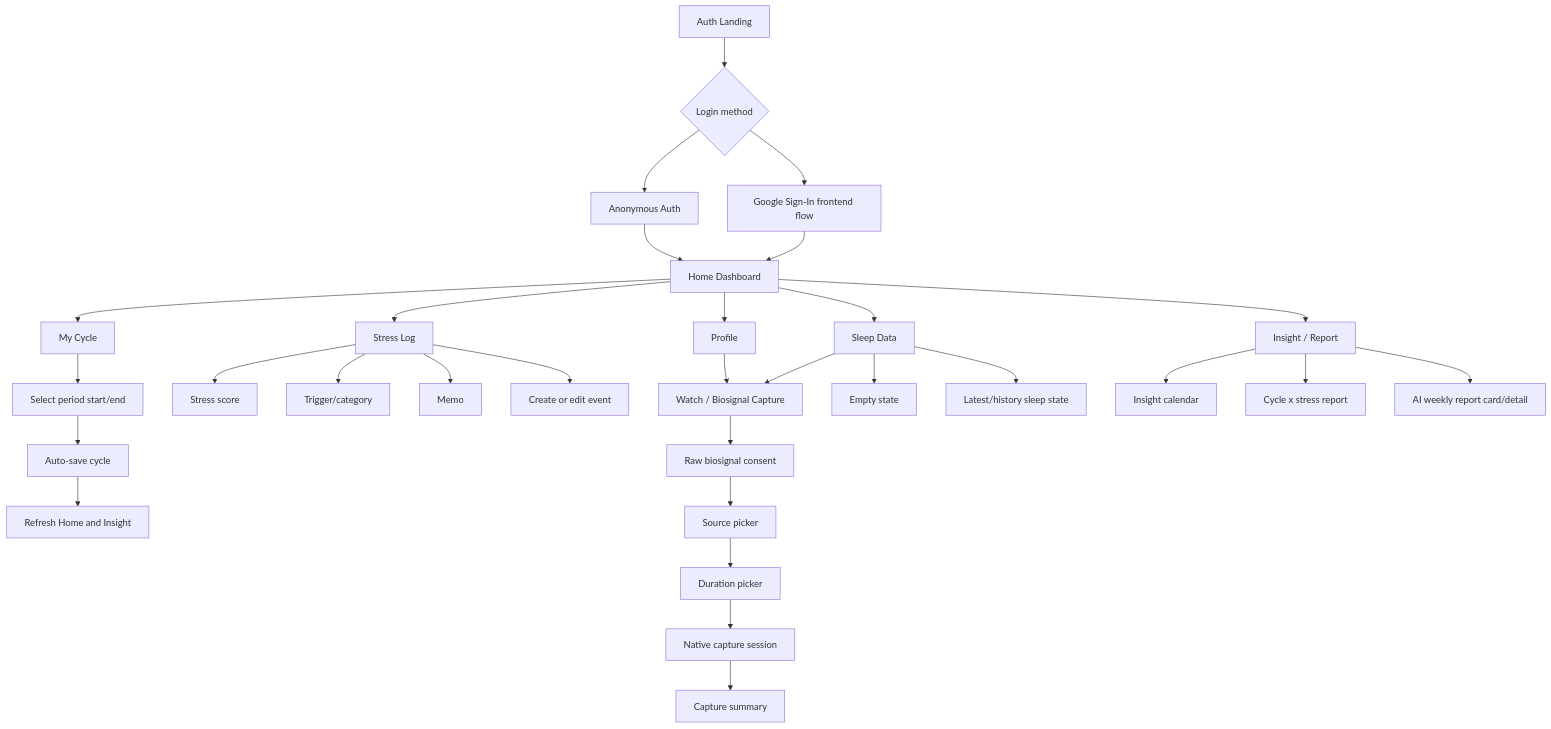
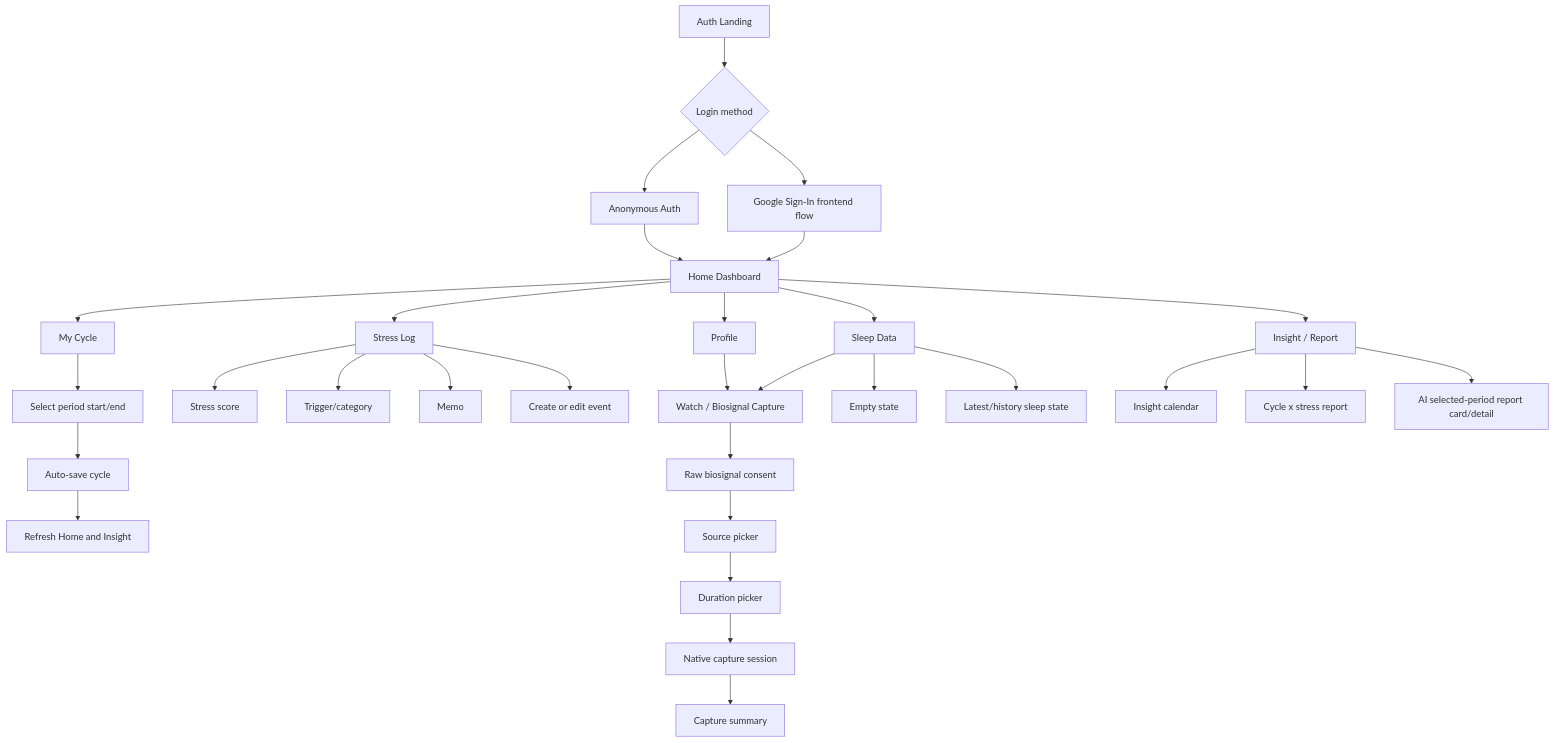
One commit to kookmin-sw/2026-capstone-18 changed the second of 4 diagrams in README.md. Above: the diagram before and after it, drawn with Mermaid. The commit also changed other lines of this file and 1 other file, not shown here.

Commit message:
docs: update frontend AI report wording to selected-period

````diff
--- a/README.md
+++ b/README.md
@@ -640,38 +640,38 @@
 ```mermaid
 flowchart TD
     A["Auth Landing"] --> B{"Login method"}
     B --> C["Anonymous Auth"]
     B --> D["Google Sign-In frontend flow"]
     C --> E["Home Dashboard"]
     D --> E
 
     E --> F["Stress Log"]
     E --> G["My Cycle"]
     E --> H["Sleep Data"]
     E --> I["Insight / Report"]
     E --> J["Profile"]
     J --> K["Watch / Biosignal Capture"]
     H --> K
 
     F --> F1["Stress score"]
     F --> F2["Trigger/category"]
     F --> F3["Memo"]
     F --> F4["Create or edit event"]
 
     G --> G1["Select period start/end"]
     G1 --> G2["Auto-save cycle"]
     G2 --> G3["Refresh Home and Insight"]
 
     H --> H1["Empty state"]
     H --> H2["Latest/history sleep state"]
 
     I --> I1["Insight calendar"]
     I --> I2["Cycle x stress report"]
-    I --> I3["AI weekly report card/detail"]
+    I --> I3["AI selected-period report card/detail"]
 
     K --> K1["Raw biosignal consent"]
     K1 --> K2["Source picker"]
     K2 --> K3["Duration picker"]
     K3 --> K4["Native capture session"]
     K4 --> K5["Capture summary"]
 ```
````
